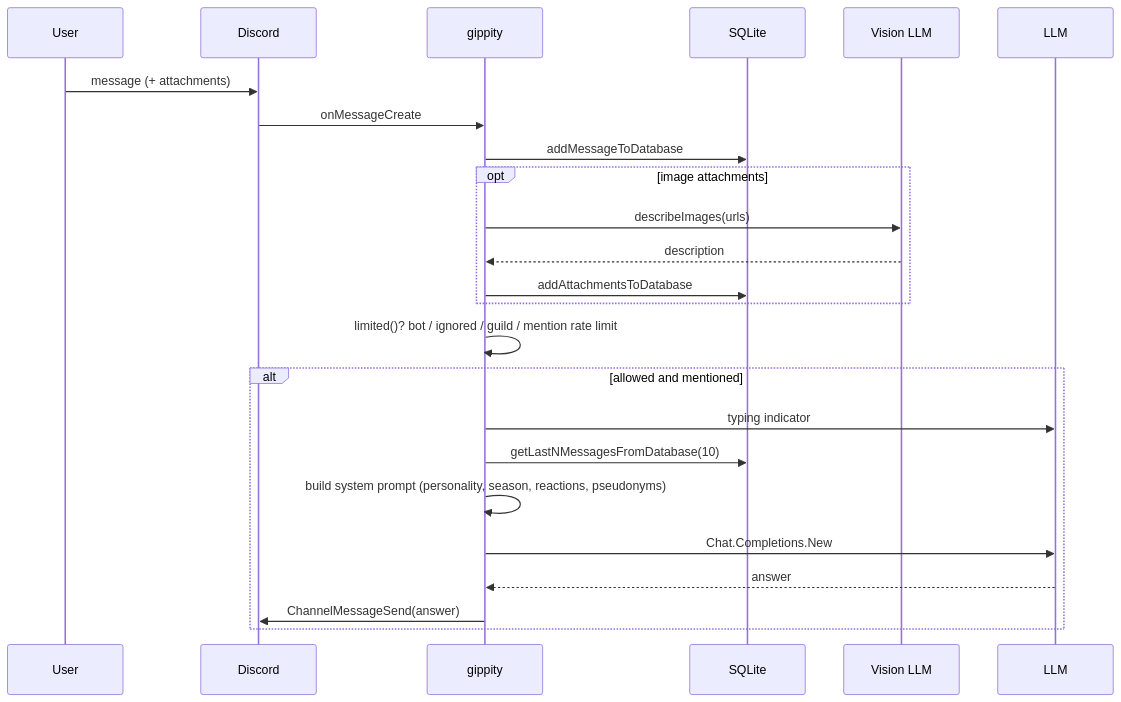
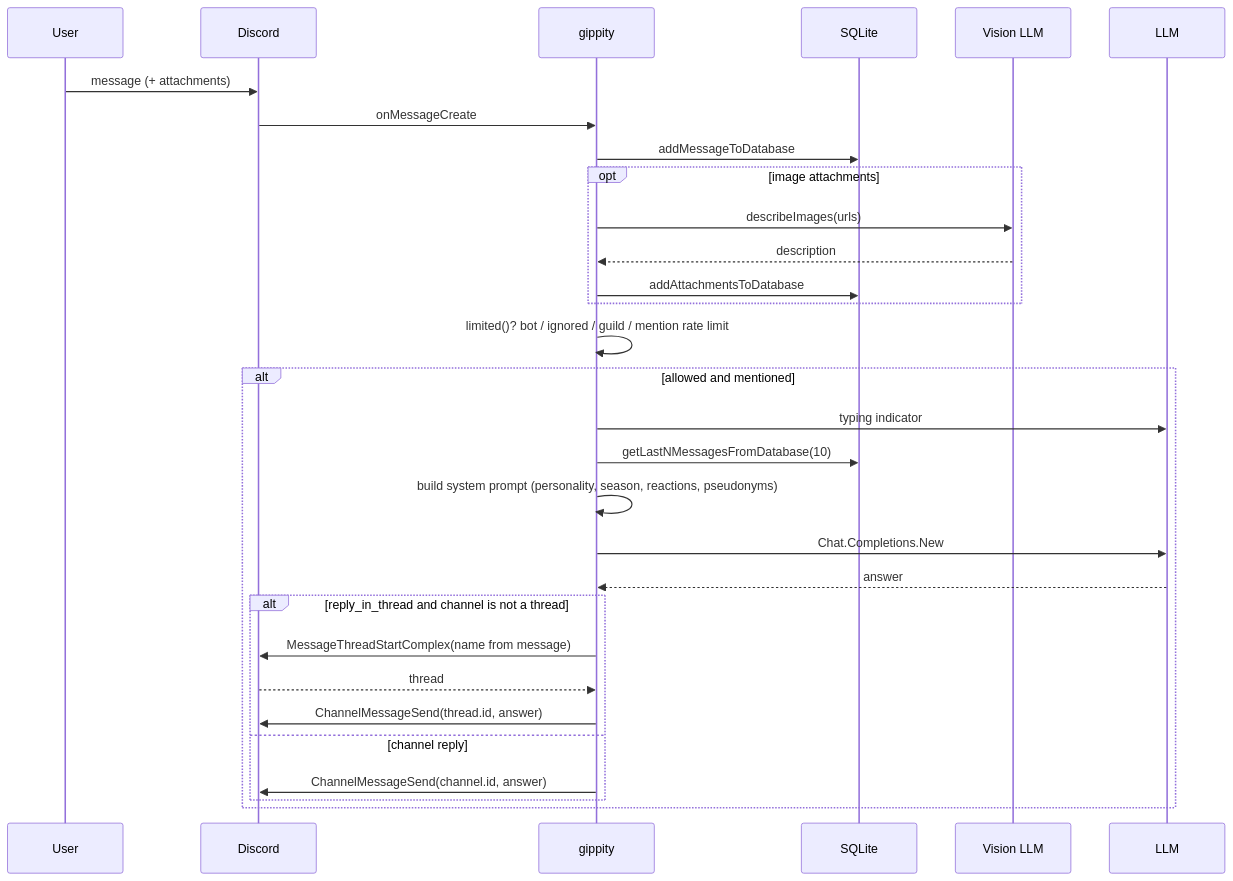
Before and after one commit to toksikk/gidbig: the diagram in docs/modules/gippity.md, drawn with Mermaid. The commit also changed other lines of this file and 8 other files, not shown here.

First line of the commit message:
gippity: answer mentions in a thread when reply_in_thread is enabled

````diff
--- a/docs/modules/gippity.md
+++ b/docs/modules/gippity.md
@@ -13,27 +14,33 @@
 ```mermaid
 sequenceDiagram
     participant U as User
     participant D as Discord
     participant G as gippity
     participant DB as SQLite
     participant V as Vision LLM
     participant L as LLM
 
     U->>D: message (+ attachments)
     D->>G: onMessageCreate
     G->>DB: addMessageToDatabase
     opt image attachments
         G->>V: describeImages(urls)
         V-->>G: description
         G->>DB: addAttachmentsToDatabase
     end
     G->>G: limited()? bot / ignored / guild / mention rate limit
     alt allowed and mentioned
         G->>L: typing indicator
         G->>DB: getLastNMessagesFromDatabase(10)
         G->>G: build system prompt (personality, season, reactions, pseudonyms)
         G->>L: Chat.Completions.New
         L-->>G: answer
-        G->>D: ChannelMessageSend(answer)
+        alt reply_in_thread and channel is not a thread
+            G->>D: MessageThreadStartComplex(name from message)
+            D-->>G: thread
+            G->>D: ChannelMessageSend(thread.id, answer)
+        else channel reply
+            G->>D: ChannelMessageSend(channel.id, answer)
+        end
     end
 ```
````
